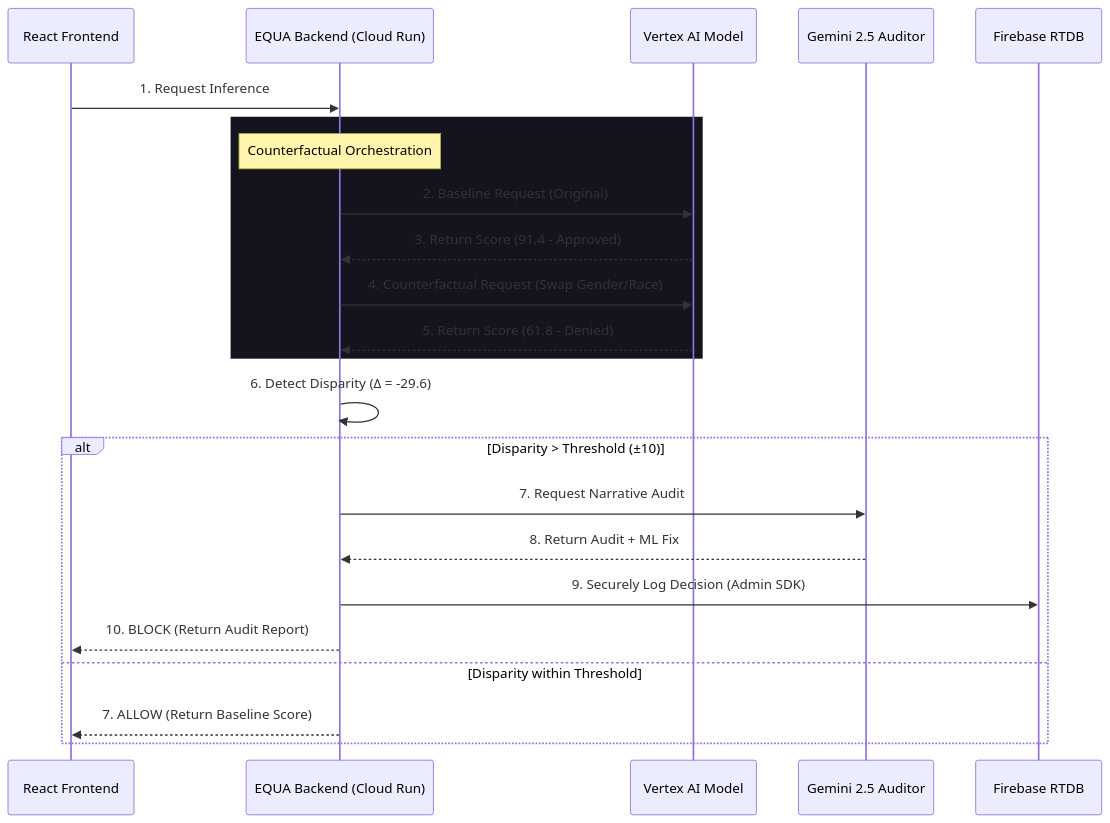
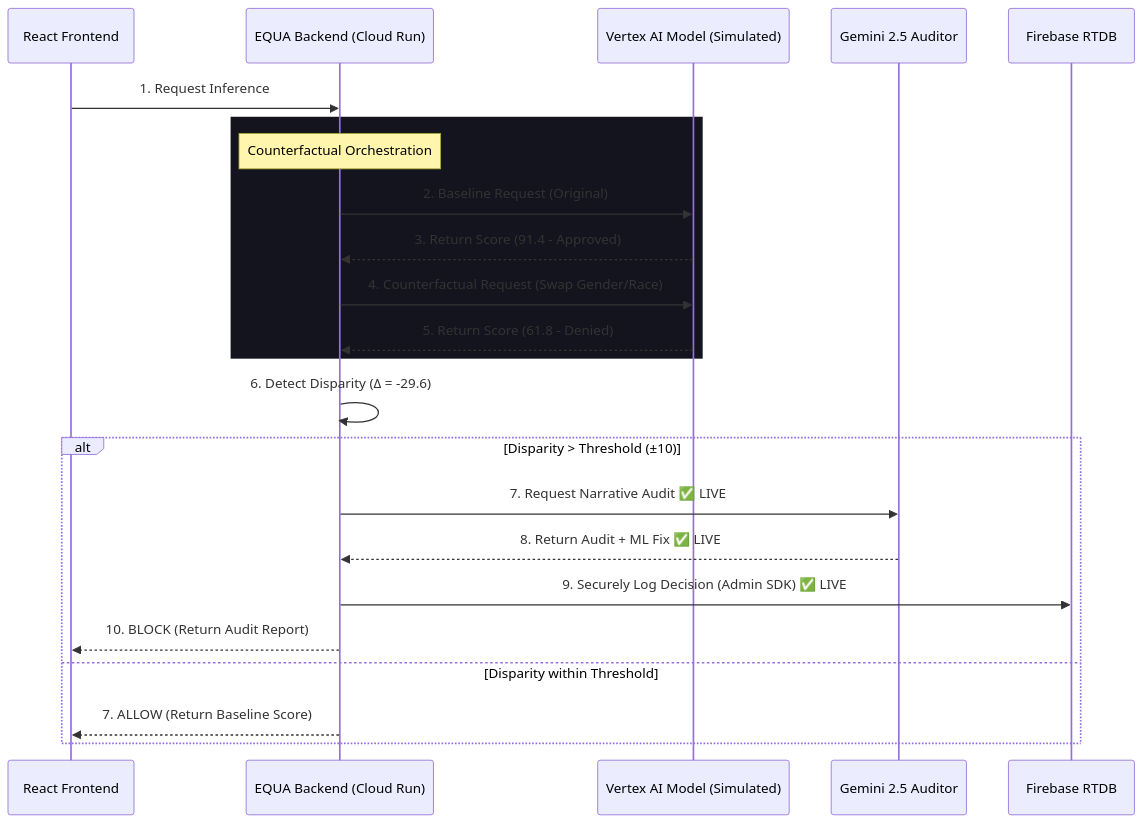
One commit to NEHANGRM/FairSight_AI changed the second of 3 diagrams in ARCHITECTURE.md. Above: the diagram before and after it, drawn with Mermaid. The commit also changed other lines of this file and 5 other files, not shown here.

Commit message:
docs: finalize solution challenge documentation, cost estimation, and future roadmap

````diff
--- a/ARCHITECTURE.md
+++ b/ARCHITECTURE.md
@@ -37,30 +115,30 @@
 ```mermaid
 sequenceDiagram
     participant App as React Frontend
     participant Proxy as EQUA Backend (Cloud Run)
-    participant AI as Vertex AI Model
+    participant AI as Vertex AI Model (Simulated)
     participant Gemini as Gemini 2.5 Auditor
     participant DB as Firebase RTDB
 
     App->>Proxy: 1. Request Inference
-    
+
     rect rgb(20, 20, 30)
     Note over Proxy: Counterfactual Orchestration
     Proxy->>AI: 2. Baseline Request (Original)
     AI-->>Proxy: 3. Return Score (91.4 - Approved)
-    
+
     Proxy->>AI: 4. Counterfactual Request (Swap Gender/Race)
     AI-->>Proxy: 5. Return Score (61.8 - Denied)
     end
 
     Proxy->>Proxy: 6. Detect Disparity (Δ = -29.6)
 
     alt Disparity > Threshold (±10)
-        Proxy->>Gemini: 7. Request Narrative Audit
-        Gemini-->>Proxy: 8. Return Audit + ML Fix
-        Proxy->>DB: 9. Securely Log Decision (Admin SDK)
+        Proxy->>Gemini: 7. Request Narrative Audit ✅ LIVE
+        Gemini-->>Proxy: 8. Return Audit + ML Fix ✅ LIVE
+        Proxy->>DB: 9. Securely Log Decision (Admin SDK) ✅ LIVE
         Proxy-->>App: 10. BLOCK (Return Audit Report)
     else Disparity within Threshold
         Proxy-->>App: 7. ALLOW (Return Baseline Score)
     end
 ```
````
